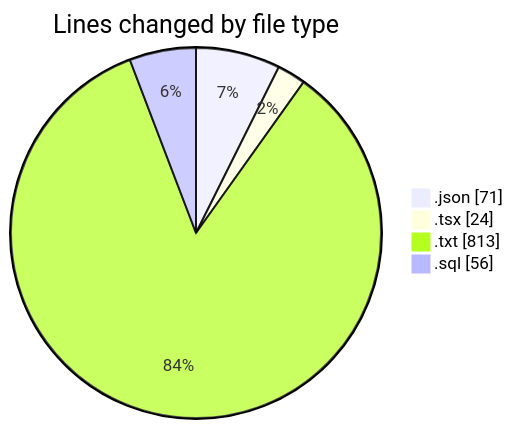
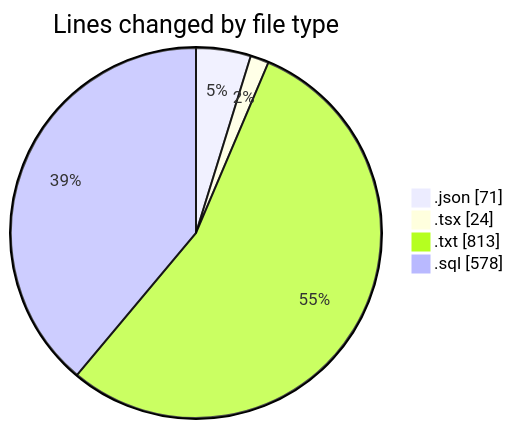
One commit to lephambinh05/code-tracking changed the first of 2 diagrams in 2025-09-04/hiai-phf/README.md. Above: the diagram before and after it, drawn with Mermaid. The commit also changed other lines of this file and 1 other file, not shown here.

````diff
--- a/2025-09-04/hiai-phf/README.md
+++ b/2025-09-04/hiai-phf/README.md
@@ -23,8 +24,8 @@
 ```mermaid
 pie showData
 title Lines changed by file type
 ".json" : 71
 ".tsx" : 24
 ".txt" : 813
-".sql" : 56
+".sql" : 578
 ```
````
